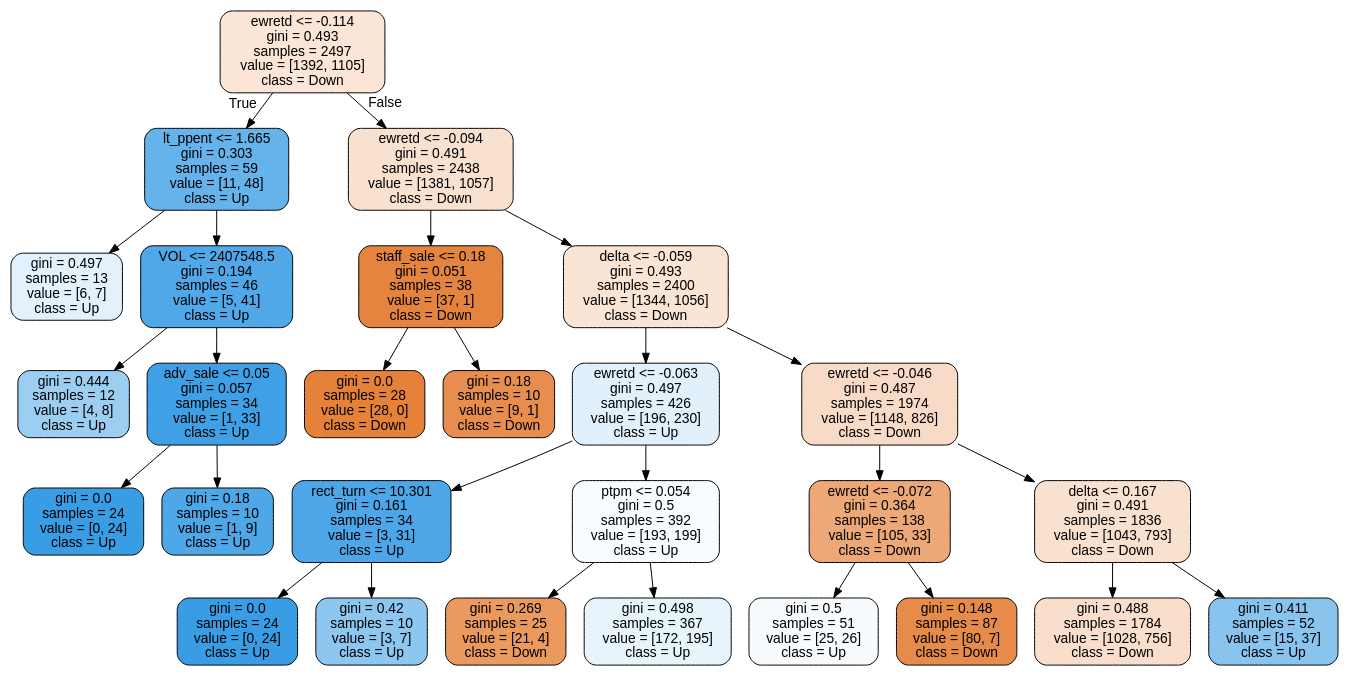
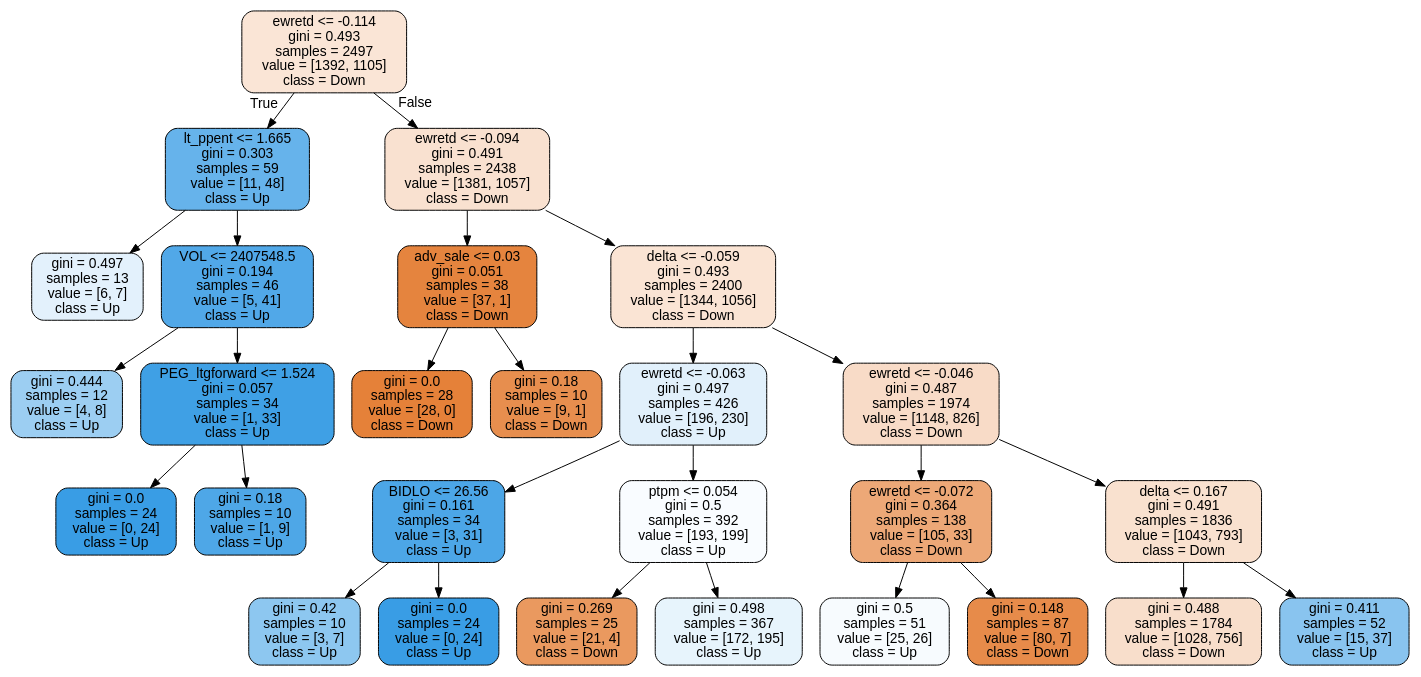
One commit to bjeffr/Intro_to_Machine_Learning_Group_4 changed the diagram in tree.dot. Above: the diagram before and after it, drawn with Graphviz. The commit also changed 3 other files, not shown here.

```diff
--- a/tree.dot
+++ b/tree.dot
@@ -1,57 +1,57 @@
 digraph Tree {
 node [shape=box, style="filled, rounded", color="black", fontname=helvetica] ;
 edge [fontname=helvetica] ;
 0 [label="ewretd <= -0.114\ngini = 0.493\nsamples = 2497\nvalue = [1392, 1105]\nclass = Down", fillcolor="#e5813935"] ;
 1 [label="lt_ppent <= 1.665\ngini = 0.303\nsamples = 59\nvalue = [11, 48]\nclass = Up", fillcolor="#399de5c5"] ;
 0 -> 1 [labeldistance=2.5, labelangle=45, headlabel="True"] ;
 2 [label="gini = 0.497\nsamples = 13\nvalue = [6, 7]\nclass = Up", fillcolor="#399de524"] ;
 1 -> 2 ;
 3 [label="VOL <= 2407548.5\ngini = 0.194\nsamples = 46\nvalue = [5, 41]\nclass = Up", fillcolor="#399de5e0"] ;
 1 -> 3 ;
 4 [label="gini = 0.444\nsamples = 12\nvalue = [4, 8]\nclass = Up", fillcolor="#399de57f"] ;
 3 -> 4 ;
-5 [label="adv_sale <= 0.05\ngini = 0.057\nsamples = 34\nvalue = [1, 33]\nclass = Up", fillcolor="#399de5f7"] ;
+5 [label="PEG_ltgforward <= 1.524\ngini = 0.057\nsamples = 34\nvalue = [1, 33]\nclass = Up", fillcolor="#399de5f7"] ;
 3 -> 5 ;
 6 [label="gini = 0.0\nsamples = 24\nvalue = [0, 24]\nclass = Up", fillcolor="#399de5ff"] ;
 5 -> 6 ;
 7 [label="gini = 0.18\nsamples = 10\nvalue = [1, 9]\nclass = Up", fillcolor="#399de5e3"] ;
 5 -> 7 ;
 8 [label="ewretd <= -0.094\ngini = 0.491\nsamples = 2438\nvalue = [1381, 1057]\nclass = Down", fillcolor="#e581393c"] ;
 0 -> 8 [labeldistance=2.5, labelangle=-45, headlabel="False"] ;
-9 [label="staff_sale <= 0.18\ngini = 0.051\nsamples = 38\nvalue = [37, 1]\nclass = Down", fillcolor="#e58139f8"] ;
+9 [label="adv_sale <= 0.03\ngini = 0.051\nsamples = 38\nvalue = [37, 1]\nclass = Down", fillcolor="#e58139f8"] ;
 8 -> 9 ;
 10 [label="gini = 0.0\nsamples = 28\nvalue = [28, 0]\nclass = Down", fillcolor="#e58139ff"] ;
 9 -> 10 ;
 11 [label="gini = 0.18\nsamples = 10\nvalue = [9, 1]\nclass = Down", fillcolor="#e58139e3"] ;
 9 -> 11 ;
 12 [label="delta <= -0.059\ngini = 0.493\nsamples = 2400\nvalue = [1344, 1056]\nclass = Down", fillcolor="#e5813937"] ;
 8 -> 12 ;
 13 [label="ewretd <= -0.063\ngini = 0.497\nsamples = 426\nvalue = [196, 230]\nclass = Up", fillcolor="#399de526"] ;
 12 -> 13 ;
-14 [label="rect_turn <= 10.301\ngini = 0.161\nsamples = 34\nvalue = [3, 31]\nclass = Up", fillcolor="#399de5e6"] ;
+14 [label="BIDLO <= 26.56\ngini = 0.161\nsamples = 34\nvalue = [3, 31]\nclass = Up", fillcolor="#399de5e6"] ;
 13 -> 14 ;
-15 [label="gini = 0.0\nsamples = 24\nvalue = [0, 24]\nclass = Up", fillcolor="#399de5ff"] ;
+15 [label="gini = 0.42\nsamples = 10\nvalue = [3, 7]\nclass = Up", fillcolor="#399de592"] ;
 14 -> 15 ;
-16 [label="gini = 0.42\nsamples = 10\nvalue = [3, 7]\nclass = Up", fillcolor="#399de592"] ;
+16 [label="gini = 0.0\nsamples = 24\nvalue = [0, 24]\nclass = Up", fillcolor="#399de5ff"] ;
 14 -> 16 ;
 17 [label="ptpm <= 0.054\ngini = 0.5\nsamples = 392\nvalue = [193, 199]\nclass = Up", fillcolor="#399de508"] ;
 13 -> 17 ;
 18 [label="gini = 0.269\nsamples = 25\nvalue = [21, 4]\nclass = Down", fillcolor="#e58139ce"] ;
 17 -> 18 ;
 19 [label="gini = 0.498\nsamples = 367\nvalue = [172, 195]\nclass = Up", fillcolor="#399de51e"] ;
 17 -> 19 ;
 20 [label="ewretd <= -0.046\ngini = 0.487\nsamples = 1974\nvalue = [1148, 826]\nclass = Down", fillcolor="#e5813948"] ;
 12 -> 20 ;
 21 [label="ewretd <= -0.072\ngini = 0.364\nsamples = 138\nvalue = [105, 33]\nclass = Down", fillcolor="#e58139af"] ;
 20 -> 21 ;
 22 [label="gini = 0.5\nsamples = 51\nvalue = [25, 26]\nclass = Up", fillcolor="#399de50a"] ;
 21 -> 22 ;
 23 [label="gini = 0.148\nsamples = 87\nvalue = [80, 7]\nclass = Down", fillcolor="#e58139e9"] ;
 21 -> 23 ;
 24 [label="delta <= 0.167\ngini = 0.491\nsamples = 1836\nvalue = [1043, 793]\nclass = Down", fillcolor="#e581393d"] ;
 20 -> 24 ;
 25 [label="gini = 0.488\nsamples = 1784\nvalue = [1028, 756]\nclass = Down", fillcolor="#e5813943"] ;
 24 -> 25 ;
 26 [label="gini = 0.411\nsamples = 52\nvalue = [15, 37]\nclass = Up", fillcolor="#399de598"] ;
 24 -> 26 ;
 }
```
